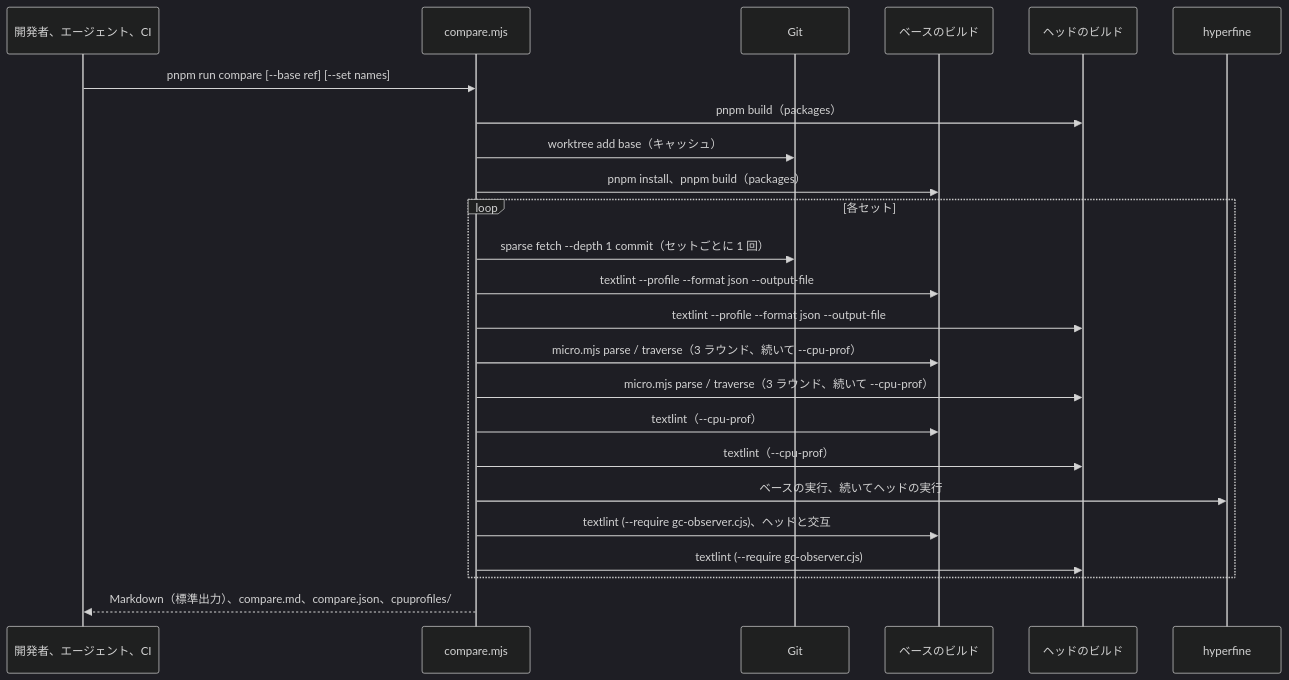
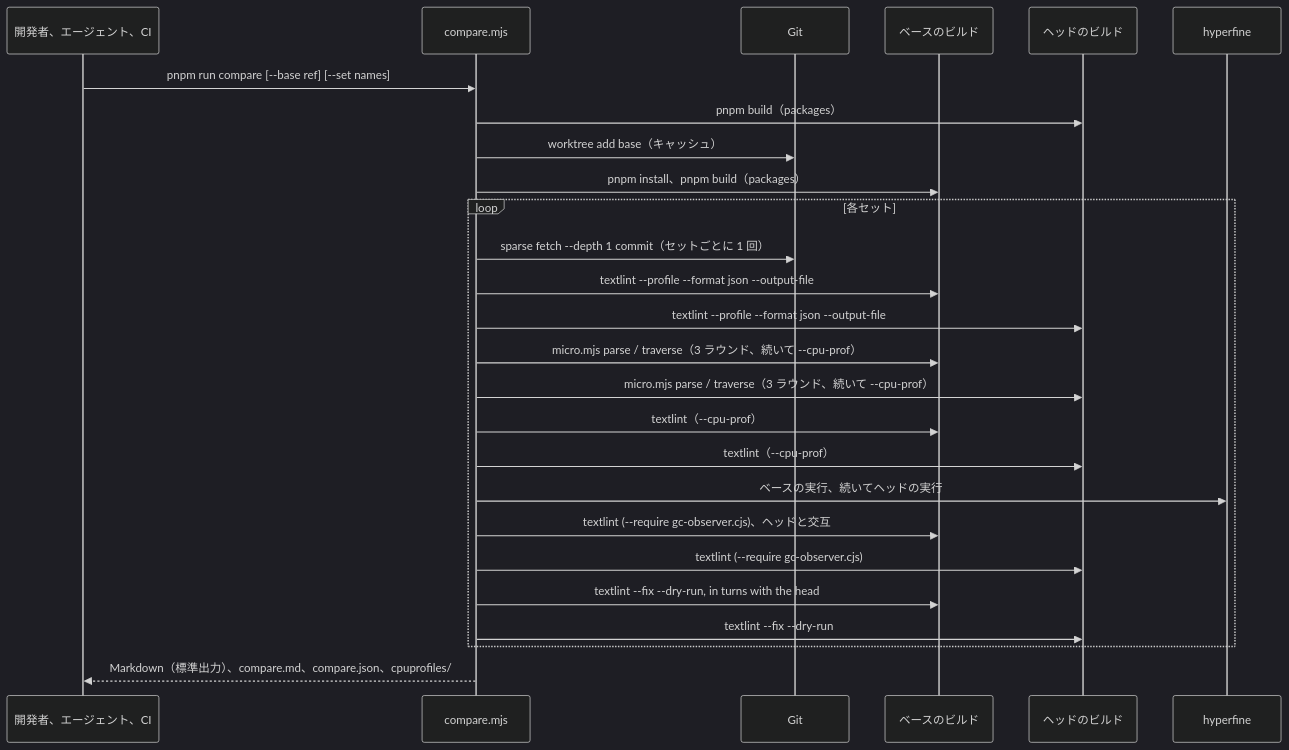
One commit to textlint/textlint changed the diagram in docs/products/textlint/features/change-comparison/design.ja.md. Above: the diagram before and after it, drawn with Mermaid (dark theme). The commit also changed other lines of this file and 8 other files, not shown here.

````diff
--- a/docs/products/textlint/features/change-comparison/design.ja.md
+++ b/docs/products/textlint/features/change-comparison/design.ja.md
@@ -57,26 +58,28 @@
 ```mermaid
 sequenceDiagram
     participant Dev as 開発者、エージェント、CI
     participant Script as compare.mjs
     participant Git
     participant Base as ベースのビルド
     participant Head as ヘッドのビルド
     participant HF as hyperfine
     Dev->>Script: pnpm run compare [--base ref] [--set names]
     Script->>Head: pnpm build（packages）
     Script->>Git: worktree add base（キャッシュ）
     Script->>Base: pnpm install、pnpm build（packages）
     loop 各セット
         Script->>Git: sparse fetch --depth 1 commit（セットごとに 1 回）
         Script->>Base: textlint --profile --format json --output-file
         Script->>Head: textlint --profile --format json --output-file
         Script->>Base: micro.mjs parse / traverse（3 ラウンド、続いて --cpu-prof）
         Script->>Head: micro.mjs parse / traverse（3 ラウンド、続いて --cpu-prof）
         Script->>Base: textlint（--cpu-prof）
         Script->>Head: textlint（--cpu-prof）
         Script->>HF: ベースの実行、続いてヘッドの実行
         Script->>Base: textlint (--require gc-observer.cjs)、ヘッドと交互
         Script->>Head: textlint (--require gc-observer.cjs)
+        Script->>Base: textlint --fix --dry-run, in turns with the head
+        Script->>Head: textlint --fix --dry-run
     end
     Script-->>Dev: Markdown（標準出力）、compare.md、compare.json、cpuprofiles/
 ```
````
